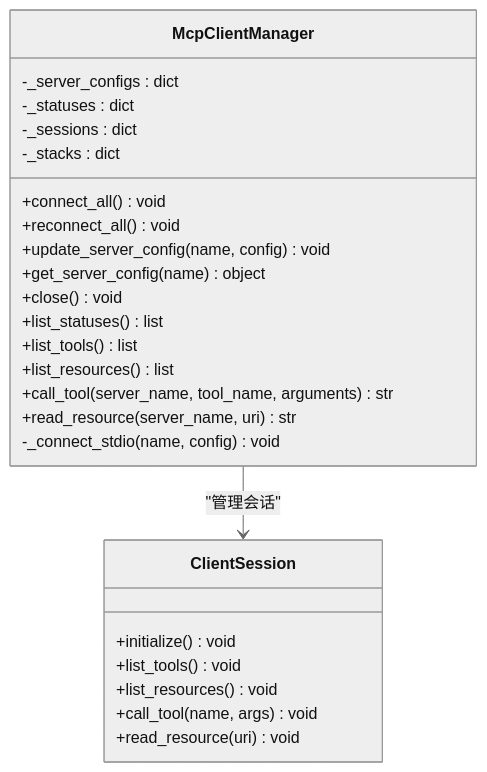
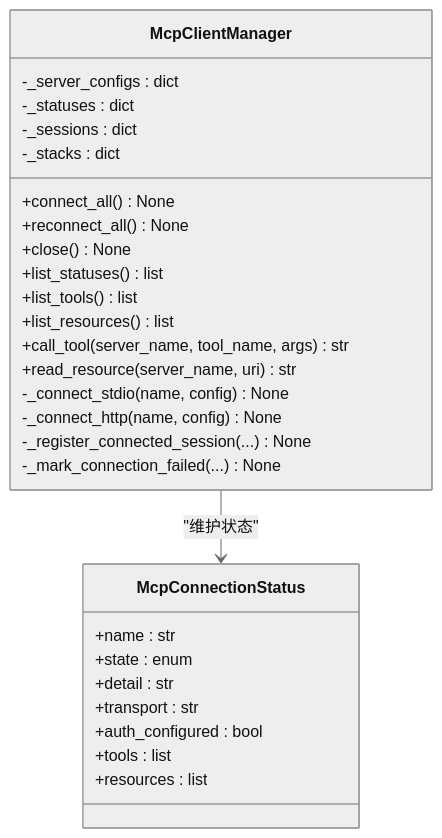
One commit to haolange/OpenHarness changed the third of 8 diagrams in .qoder/repowiki/zh/content/MCP 协议支持/MCP 协议支持.md. Above: the diagram before and after it, drawn with Mermaid (neutral theme). The commit also changed other lines of this file and 222 other files, not shown here.

````diff
--- a/.qoder/repowiki/zh/content/MCP 协议支持/MCP 协议支持.md
+++ b/.qoder/repowiki/zh/content/MCP 协议支持/MCP 协议支持.md
@@ -179,28 +167,31 @@
 ```mermaid
 classDiagram
 class McpClientManager {
 -_server_configs : dict
 -_statuses : dict
 -_sessions : dict
 -_stacks : dict
-+connect_all() void
-+reconnect_all() void
-+update_server_config(name, config) void
-+get_server_config(name) object
-+close() void
++connect_all() None
++reconnect_all() None
++close() None
 +list_statuses() list
 +list_tools() list
 +list_resources() list
-+call_tool(server_name, tool_name, arguments) str
++call_tool(server_name, tool_name, args) str
 +read_resource(server_name, uri) str
--_connect_stdio(name, config) void
+-_connect_stdio(name, config) None
+-_connect_http(name, config) None
+-_register_connected_session(...) None
+-_mark_connection_failed(...) None
 }
-class ClientSession {
-+initialize() void
-+list_tools() void
-+list_resources() void
-+call_tool(name, args) void
-+read_resource(uri) void
+class McpConnectionStatus {
++name : str
++state : enum
++detail : str
++transport : str
++auth_configured : bool
++tools : list
++resources : list
 }
-McpClientManager --> ClientSession : "管理会话"
+McpClientManager --> McpConnectionStatus : "维护状态"
 ```
````
